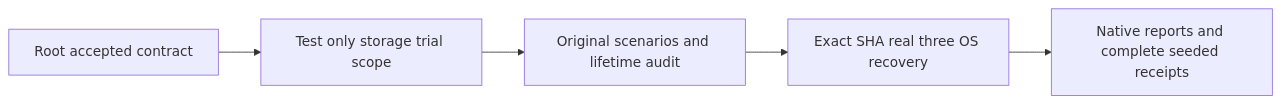
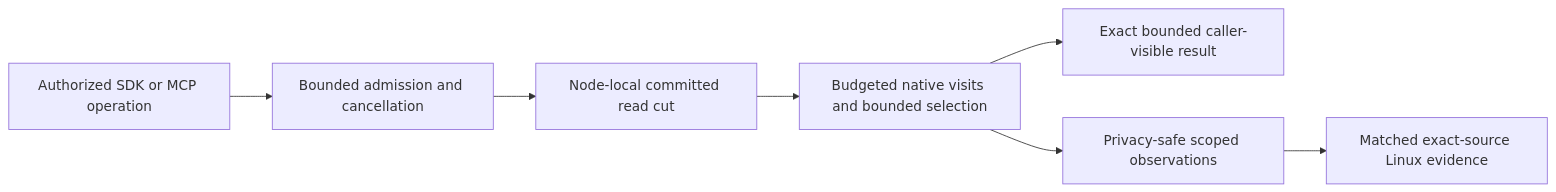
Before and after one commit to managedcode/KeyLoad: the diagram in docs/ADR/ADR-035-memory-performance.md, drawn with Mermaid. The commit also changed other lines of this file and 152 other files, not shown here.

````diff
--- a/docs/ADR/ADR-035-memory-performance.md
+++ b/docs/ADR/ADR-035-memory-performance.md
@@ -844,7 +79,9 @@
 ```mermaid
 flowchart LR
-    Owner[Root accepted contract] --> Worker[Test only storage trial scope]
-    Worker --> Review[Original scenarios and lifetime audit]
-    Review --> CI[Exact SHA real three OS recovery]
-    CI --> Evidence[Native reports and complete seeded receipts]
+    Caller[Authorized SDK or MCP operation] --> Admit[Bounded admission and cancellation]
+    Admit --> Cut[Node-local committed read cut]
+    Cut --> Work[Budgeted native visits and bounded selection]
+    Work --> Result[Exact bounded caller-visible result]
+    Work --> Observe[Privacy-safe scoped observations]
+    Observe --> Qualify[Matched exact-source Linux evidence]
 ```
````
